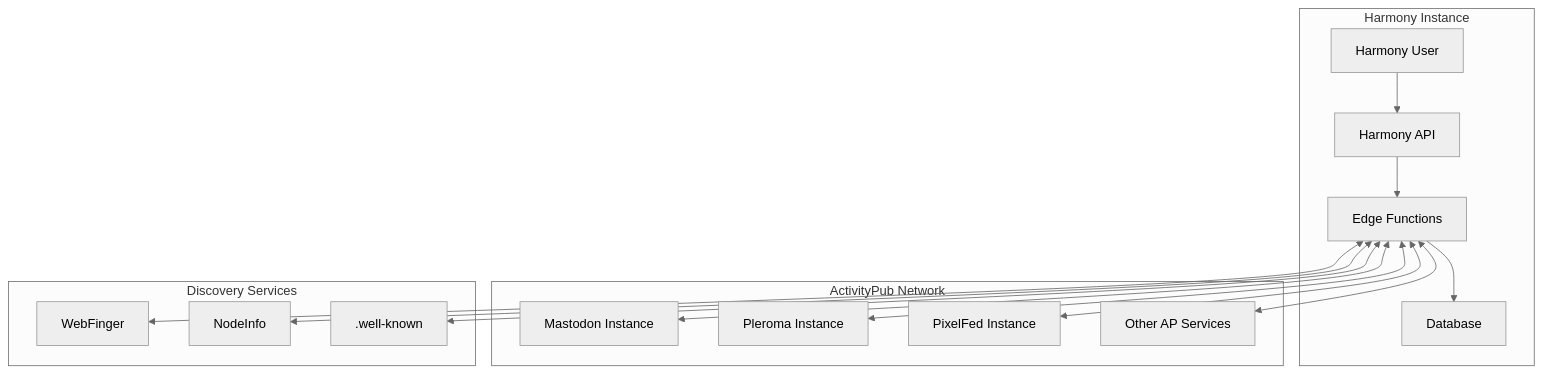
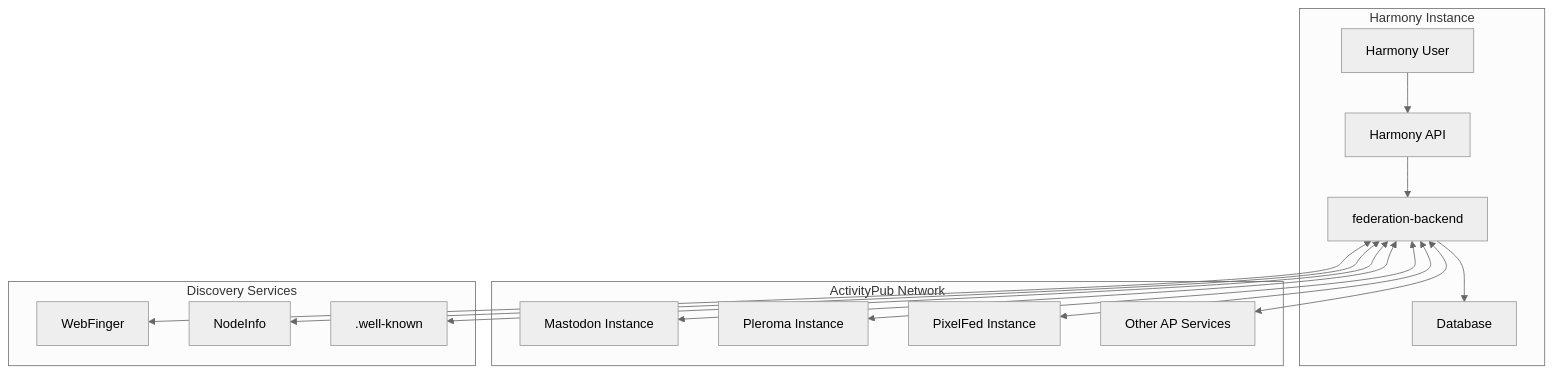
Diagram 11 of 21 in docs/SYSTEM_FLOWS.md (y4my4my4m/harmony), drawn with Mermaid (neutral theme) before and after one commit. The commit also changed other lines of this file and 22 other files, not shown here.

First line of the commit message:
docs: refresh guides, roadmap and changelog

````diff
--- a/docs/SYSTEM_FLOWS.md
+++ b/docs/SYSTEM_FLOWS.md
@@ -361,35 +365,35 @@
 ```mermaid
 graph TB
     subgraph "Harmony Instance"
         USER[Harmony User]
         HARMONY_API[Harmony API]
-        EDGE_FUNC[Edge Functions]
+        FEDERATION_SVC[federation-backend]
         DB[Database]
     end
     
     subgraph "ActivityPub Network"
         MASTODON[Mastodon Instance]
         PLEROMA[Pleroma Instance]
         PIXELFED[PixelFed Instance]
         OTHER[Other AP Services]
     end
     
     subgraph "Discovery Services"
         WEBFINGER[WebFinger]
         NODEINFO[NodeInfo]
         WELL_KNOWN[.well-known]
     end
     
     USER --> HARMONY_API
-    HARMONY_API --> EDGE_FUNC
-    EDGE_FUNC --> DB
+    HARMONY_API --> FEDERATION_SVC
+    FEDERATION_SVC --> DB
     
-    EDGE_FUNC <--> WEBFINGER
-    EDGE_FUNC <--> NODEINFO
-    EDGE_FUNC <--> WELL_KNOWN
+    FEDERATION_SVC <--> WEBFINGER
+    FEDERATION_SVC <--> NODEINFO
+    FEDERATION_SVC <--> WELL_KNOWN
     
-    EDGE_FUNC <--> MASTODON
-    EDGE_FUNC <--> PLEROMA
-    EDGE_FUNC <--> PIXELFED
-    EDGE_FUNC <--> OTHER
+    FEDERATION_SVC <--> MASTODON
+    FEDERATION_SVC <--> PLEROMA
+    FEDERATION_SVC <--> PIXELFED
+    FEDERATION_SVC <--> OTHER
 ```
````
